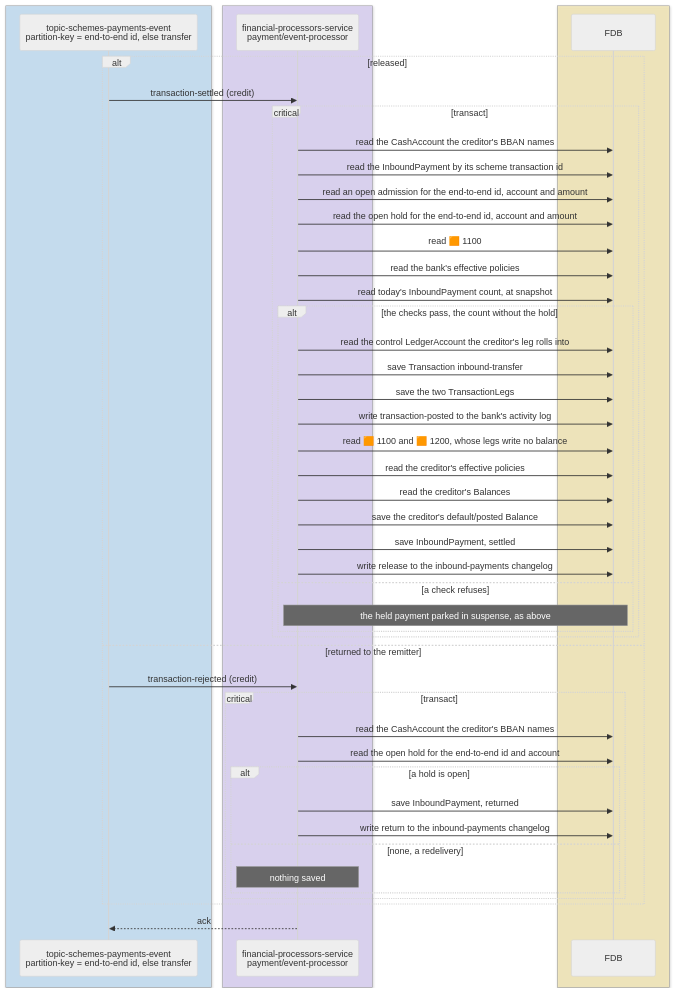
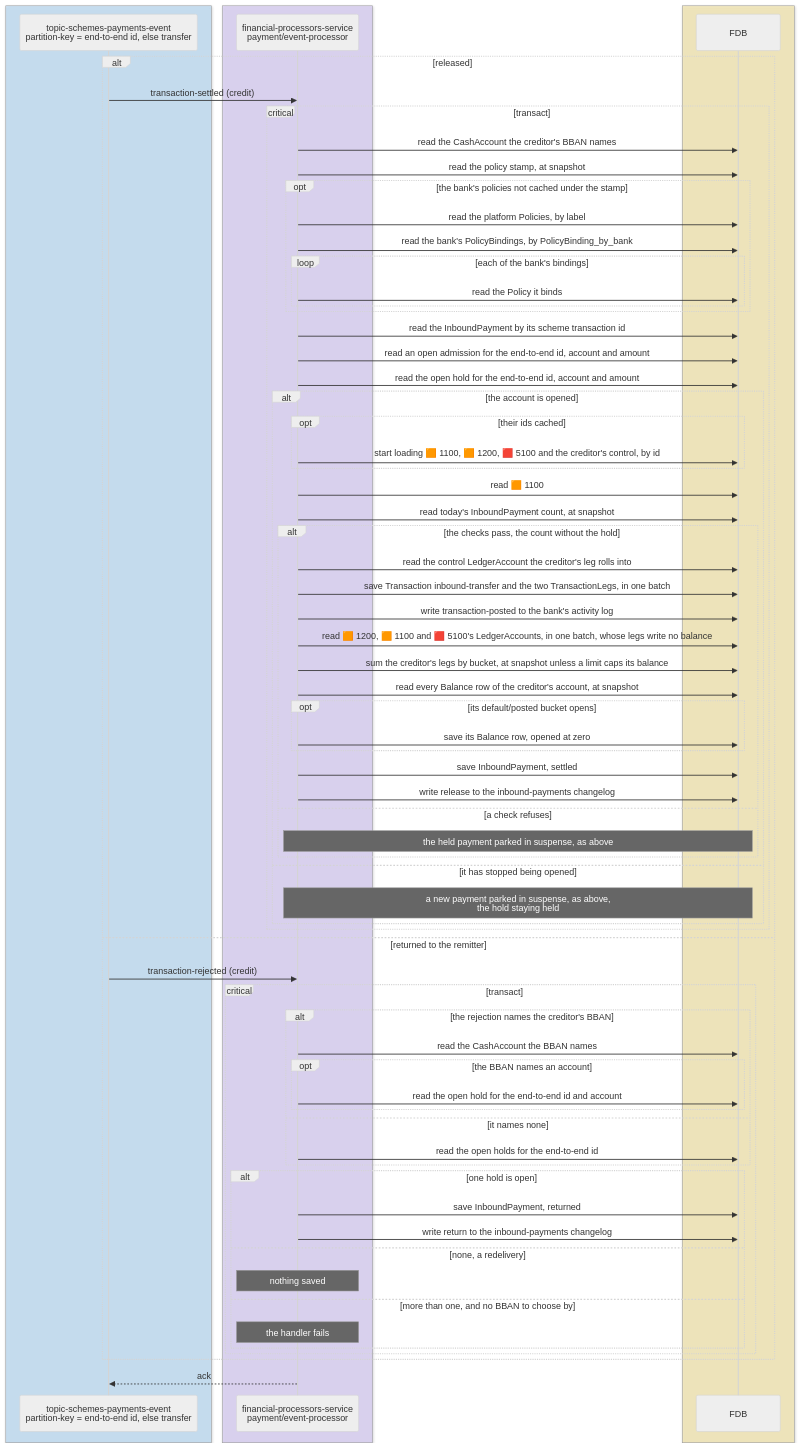
Before and after one commit to repldriven/queenswood: the eighth of 15 diagrams in docs/tdd/payments-inbound.md, drawn with Mermaid (neutral theme). The commit also changed other lines of this file and 29 other files, not shown here.

````diff
--- a/docs/tdd/payments-inbound.md
+++ b/docs/tdd/payments-inbound.md
@@ -393,51 +424,74 @@
 ```mermaid
 sequenceDiagram
     box rgba(165, 216, 255, 0.45)
     participant SE as topic-schemes-payments-event<br/>partition-key = end-to-end id, else transfer
     end
     box rgba(208, 191, 255, 0.45)
     participant PE as financial-processors-service<br/>payment/event-processor
     end
     box rgba(255, 236, 153, 0.5)
     participant DB as FDB
     end
     alt released
     SE->>PE: transaction-settled (credit)
     critical transact
     PE->>DB: read the CashAccount the creditor's BBAN names
+    PE->>DB: read the policy stamp, at snapshot
+    opt the bank's policies not cached under the stamp
+    PE->>DB: read the platform Policies, by label
+    PE->>DB: read the bank's PolicyBindings, by PolicyBinding_by_bank
+    loop each of the bank's bindings
+    PE->>DB: read the Policy it binds
+    end
+    end
     PE->>DB: read the InboundPayment by its scheme transaction id
     PE->>DB: read an open admission for the end-to-end id, account and amount
     PE->>DB: read the open hold for the end-to-end id, account and amount
+    alt the account is opened
+    opt their ids cached
+    PE->>DB: start loading 🟧 1100, 🟧 1200, 🟥 5100 and the creditor's control, by id
+    end
     PE->>DB: read 🟧 1100
-    PE->>DB: read the bank's effective policies
     PE->>DB: read today's InboundPayment count, at snapshot
     alt the checks pass, the count without the hold
     PE->>DB: read the control LedgerAccount the creditor's leg rolls into
-    PE->>DB: save Transaction inbound-transfer
-    PE->>DB: save the two TransactionLegs
+    PE->>DB: save Transaction inbound-transfer and the two TransactionLegs, in one batch
     PE->>DB: write transaction-posted to the bank's activity log
-    PE->>DB: read 🟧 1100 and 🟧 1200, whose legs write no balance
-    PE->>DB: read the creditor's effective policies
-    PE->>DB: read the creditor's Balances
-    PE->>DB: save the creditor's default/posted Balance
+    PE->>DB: read 🟧 1200, 🟧 1100 and 🟥 5100's LedgerAccounts, in one batch, whose legs write no balance
+    PE->>DB: sum the creditor's legs by bucket, at snapshot unless a limit caps its balance
+    PE->>DB: read every Balance row of the creditor's account, at snapshot
+    opt its default/posted bucket opens
+    PE->>DB: save its Balance row, opened at zero
+    end
     PE->>DB: save InboundPayment, settled
     PE->>DB: write release to the inbound-payments changelog
     else a check refuses
     Note over PE,DB: the held payment parked in suspense, as above
     end
+    else it has stopped being opened
+    Note over PE,DB: a new payment parked in suspense, as above,<br/>the hold staying held
+    end
     end
     else returned to the remitter
     SE->>PE: transaction-rejected (credit)
     critical transact
-    PE->>DB: read the CashAccount the creditor's BBAN names
+    alt the rejection names the creditor's BBAN
+    PE->>DB: read the CashAccount the BBAN names
+    opt the BBAN names an account
     PE->>DB: read the open hold for the end-to-end id and account
-    alt a hold is open
+    end
+    else it names none
+    PE->>DB: read the open holds for the end-to-end id
+    end
+    alt one hold is open
     PE->>DB: save InboundPayment, returned
     PE->>DB: write return to the inbound-payments changelog
     else none, a redelivery
     Note over PE: nothing saved
+    else more than one, and no BBAN to choose by
+    Note over PE: the handler fails
     end
     end
     end
     PE-->>SE: ack
 ```
````
